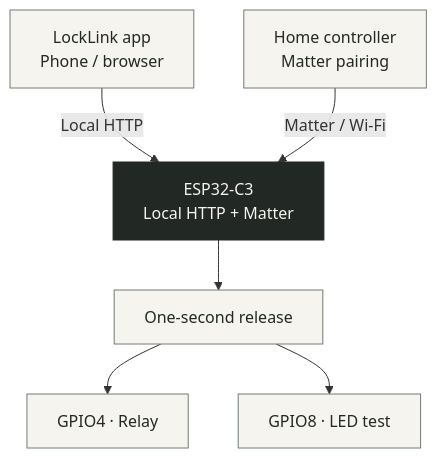
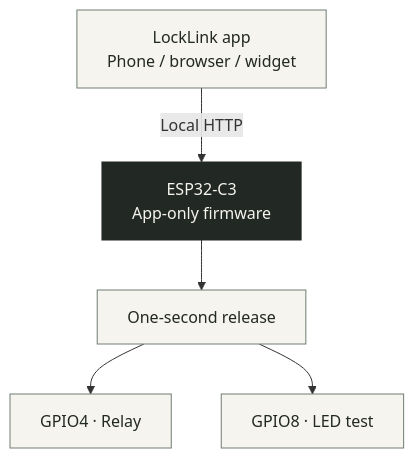
Before and after one commit to Vaibhavsh0120/LockLink: the diagram in README.md, drawn with Mermaid. The commit also changed other lines of this file and 109 other files, not shown here.

````diff
--- a/README.md
+++ b/README.md
@@ -38,11 +41,10 @@
 ```mermaid
 flowchart TD
-    app["LockLink app<br/>Phone / browser"] -->|Local HTTP| device["ESP32-C3<br/>Local HTTP + Matter"]
-    home["Home controller<br/>Matter pairing"] -->|Matter / Wi-Fi| device
+    app["LockLink app<br/>Phone / browser / widget"] -->|Local HTTP| device["ESP32-C3<br/>App-only firmware"]
     device --> pulse["One-second release"]
     pulse --> relay["GPIO4 · Relay"]
     pulse --> led["GPIO8 · LED test"]
     classDef default fill:#f6f4ef,stroke:#707c72,color:#222823
     classDef controller fill:#222823,stroke:#222823,color:#f6f4ef
     class device controller
 ```
````
